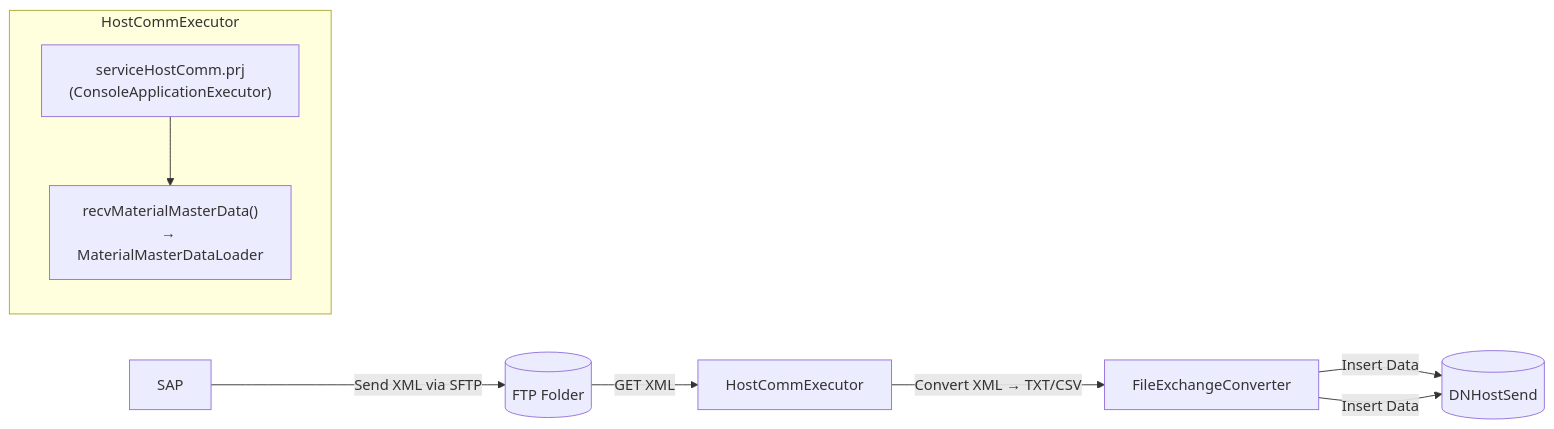
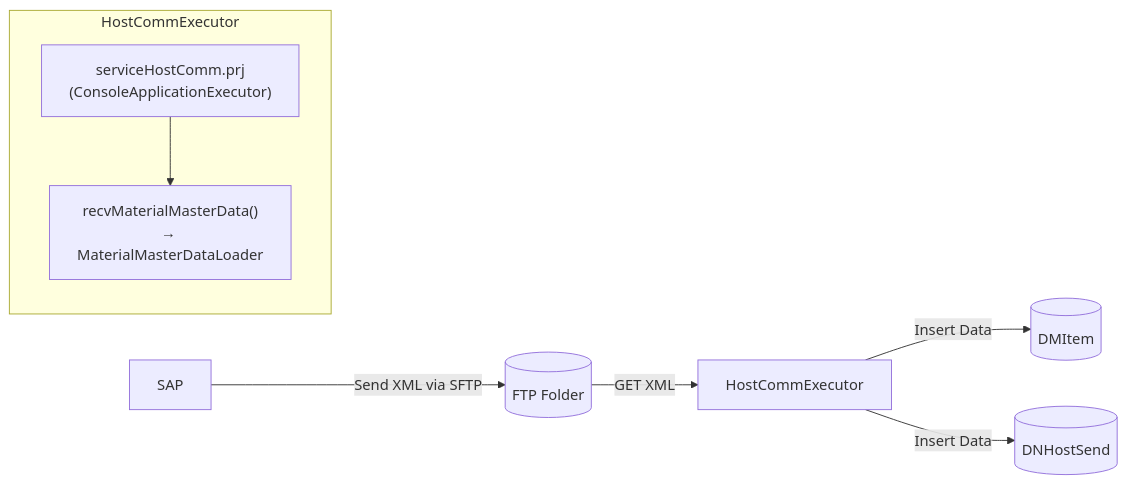
The diagram in Basic-Design/Host-Interfaces/Material-Master-Data.md (luthfiadityaa/SimeDarby-Wiki), drawn with Mermaid before and after one commit. The commit also changed other lines of this file, not shown here.

Commit message:
Updated Material Master Data

```diff
--- a/Basic-Design/Host-Interfaces/Material-Master-Data.md
+++ b/Basic-Design/Host-Interfaces/Material-Master-Data.md
@@ -11,14 +11,13 @@
 ::: mermaid
 flowchart LR
     A[SAP] -->|Send XML via SFTP| B[(FTP Folder)]
     B -->|GET XML| C[HostCommExecutor]
-    C -->|Convert XML → TXT/CSV| D[FileExchangeConverter]
-    D -->|Insert Data| E[(DMItem)]
-    D -->|Insert Data| E[(DNHostSend)]
+    C -->|Insert Data| E[(DMItem)]
+    C -->|Insert Data| F[(DNHostSend)]
 
     subgraph HostCommExecutor
         C1["serviceHostComm.prj<br>(ConsoleApplicationExecutor)"]
         C2["recvMaterialMasterData()<br>→ MaterialMasterDataLoader"]
         C1 --> C2
     end
 :::
```
